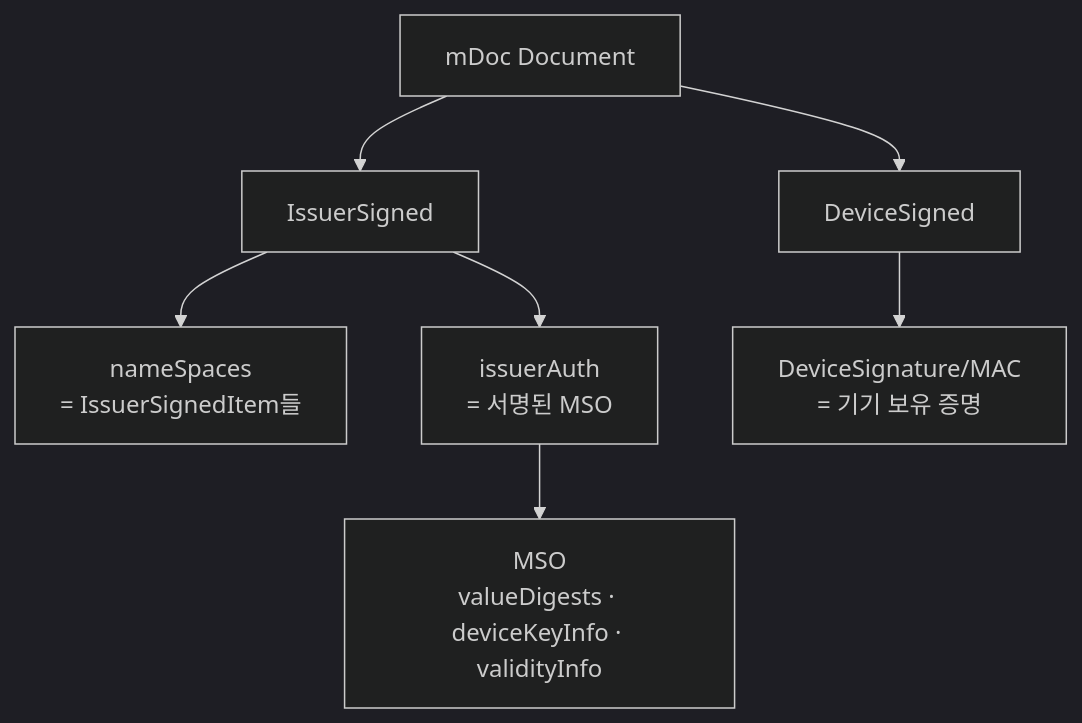
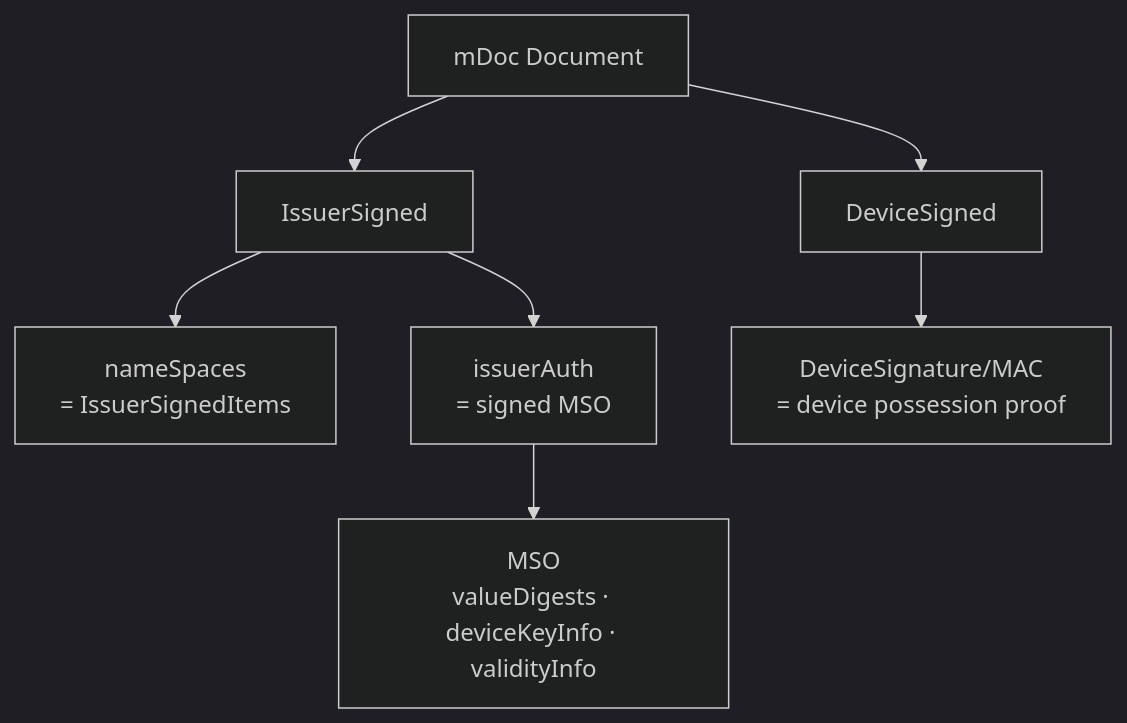
One commit to OmniOneID/poc-oid4vc changed the fourth of 4 diagrams in docs/concepts/mdoc/mdoc_overview.md. Above: the diagram before and after it, drawn with Mermaid (dark theme). The commit also changed other lines of this file and 29 other files, not shown here.

````diff
--- a/docs/concepts/mdoc/mdoc_overview.md
+++ b/docs/concepts/mdoc/mdoc_overview.md
@@ -165,11 +165,11 @@
 ```mermaid
 flowchart TB
     Doc[mDoc Document] --> IS[IssuerSigned]
     Doc --> DV[DeviceSigned]
 
-    IS --> NSI[nameSpaces<br/>= IssuerSignedItem들]
-    IS --> IA[issuerAuth<br/>= 서명된 MSO]
+    IS --> NSI[nameSpaces<br/>= IssuerSignedItems]
+    IS --> IA[issuerAuth<br/>= signed MSO]
     IA --> MSO[MSO<br/>valueDigests · deviceKeyInfo · validityInfo]
 
-    DV --> DSig[DeviceSignature/MAC<br/>= 기기 보유 증명]
+    DV --> DSig[DeviceSignature/MAC<br/>= device possession proof]
 ```
````
